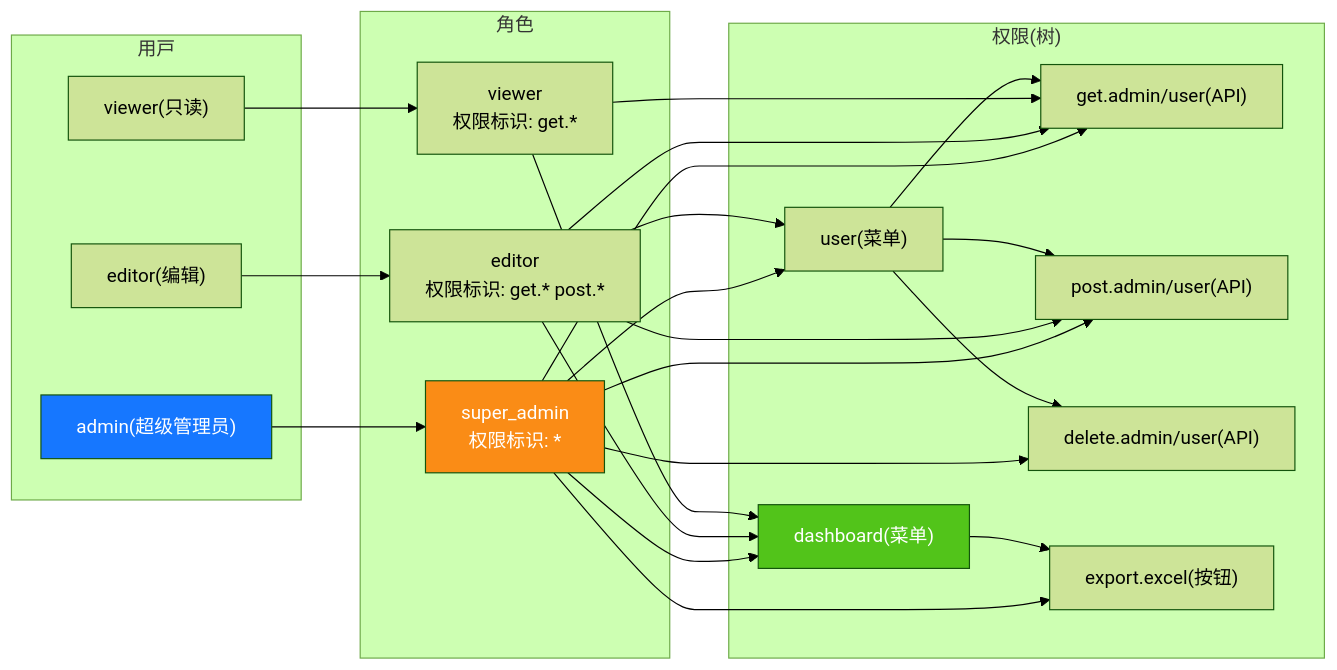
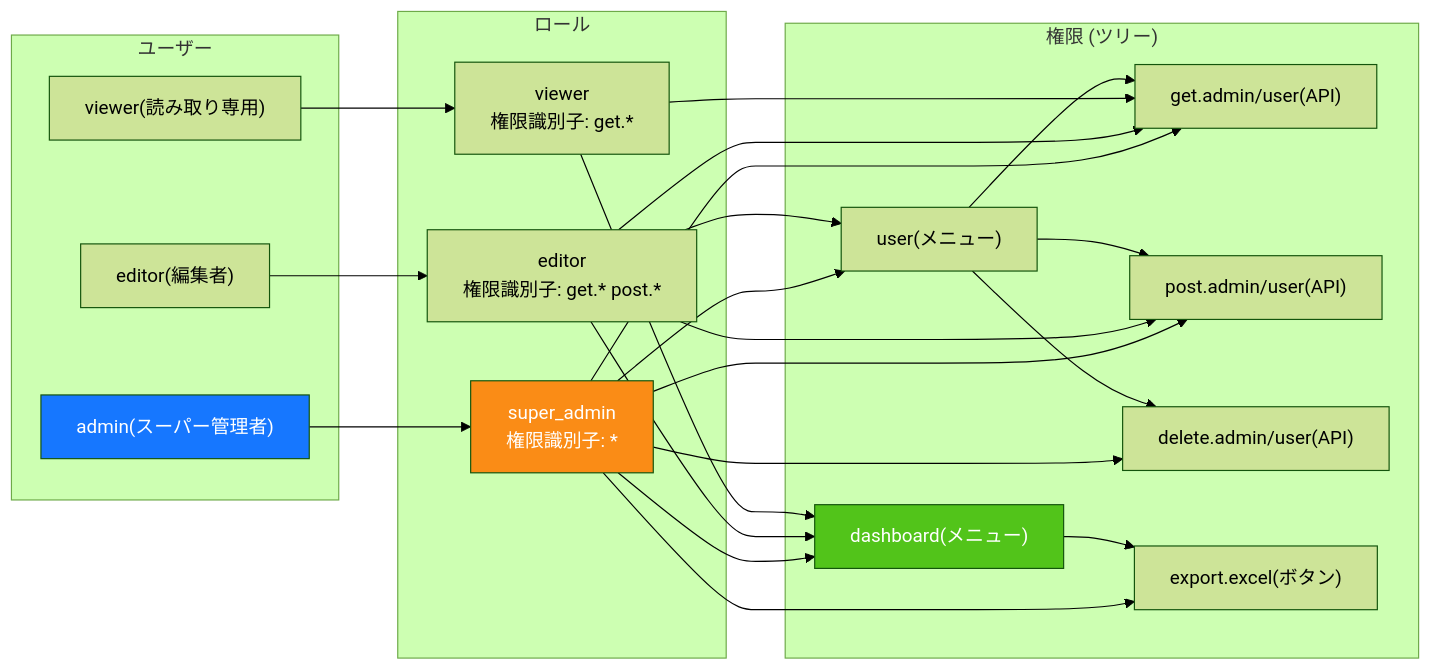
One commit to erikwang2013/game-platform-php changed the first of 3 diagrams in admin/docs/diagrams/05-rbac-model.ja.md. Above: the diagram before and after it, drawn with Mermaid (forest theme). The commit also changed other lines of this file and 211 other files, not shown here.

First line of the commit message:
fix: 支付配置读回类型根治、提现事件对账巡检，12 语族 mermaid 与 API 标签本地化

````diff
--- a/admin/docs/diagrams/05-rbac-model.ja.md
+++ b/admin/docs/diagrams/05-rbac-model.ja.md
@@ -9,36 +9,36 @@
 ```mermaid
 flowchart LR
-    subgraph users["用户"]
-        u1["admin(超级管理员)"]
-        u2["editor(编辑)"]
-        u3["viewer(只读)"]
+    subgraph users["ユーザー"]
+        u1["admin(スーパー管理者)"]
+        u2["editor(編集者)"]
+        u3["viewer(読み取り専用)"]
     end
 
-    subgraph roles["角色"]
-        r1["super_admin<br/>权限标识: *"]
-        r2["editor<br/>权限标识: get.* post.*"]
-        r3["viewer<br/>权限标识: get.*"]
+    subgraph roles["ロール"]
+        r1["super_admin<br/>権限識別子: *"]
+        r2["editor<br/>権限識別子: get.* post.*"]
+        r3["viewer<br/>権限識別子: get.*"]
     end
 
-    subgraph permissions["权限(树)"]
-        p1["dashboard(菜单)"]
-        p2["user(菜单)"]
+    subgraph permissions["権限 (ツリー)"]
+        p1["dashboard(メニュー)"]
+        p2["user(メニュー)"]
         p3["get.admin/user(API)"]
         p4["post.admin/user(API)"]
         p5["delete.admin/user(API)"]
-        p6["export.excel(按钮)"]
+        p6["export.excel(ボタン)"]
     end
 
     u1 --> r1
     u2 --> r2
     u3 --> r3
     r1 --> p1 & p2 & p3 & p4 & p5 & p6
     r2 --> p1 & p2 & p3 & p4
     r3 --> p1 & p3
     p2 --> p3 & p4 & p5
     p1 --> p6
 
     style u1 fill:#1677FF,color:#fff
     style r1 fill:#FA8C16,color:#fff
     style p1 fill:#52C41A,color:#fff
 ```
````
